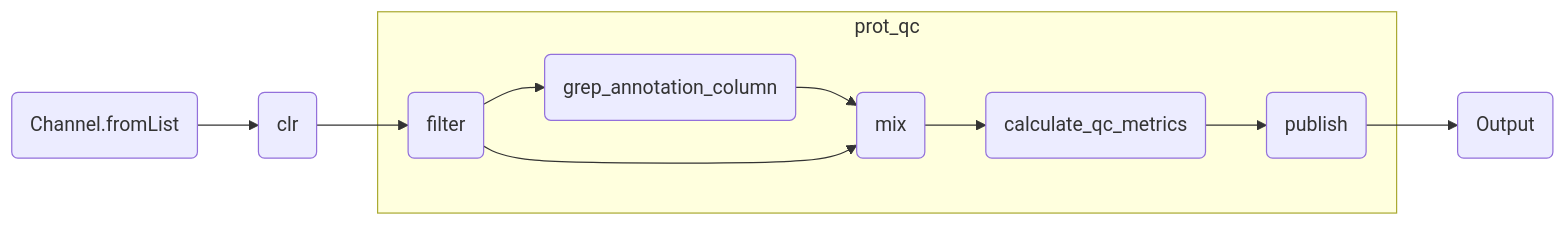
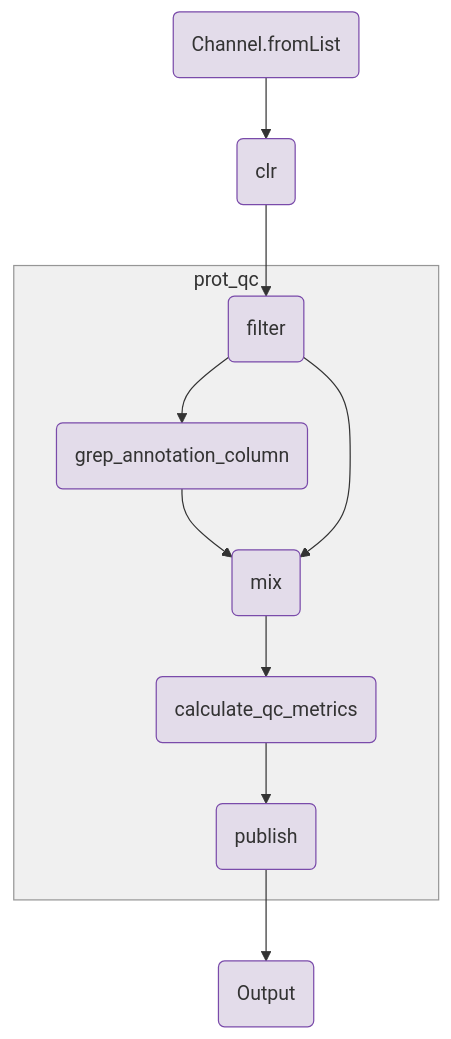
The diagram in components/workflows/prot/prot_multisample.qmd (openpipelines-bio/website), drawn with Mermaid before and after one commit. The commit also changed 21 other files, not shown here.

````diff
--- a/components/workflows/prot/prot_multisample.qmd
+++ b/components/workflows/prot/prot_multisample.qmd
@@ -117,23 +117,31 @@
 ```{mermaid}
-%%| column: screen-inset-shaded
-flowchart LR
+flowchart TB
     v0(Channel.fromList)
     v18(clr)
     v129(Output)
-    subgraph prot_qc
+    subgraph group_prot_qc [prot_qc]
         v30(filter)
         v48(grep_annotation_column)
         v61(mix)
         v70(calculate_qc_metrics)
         v90(publish)
     end
     v0-->v18
     v18-->v30
     v30-->v48
     v48-->v61
     v30-->v61
     v61-->v70
     v70-->v90
     v90-->v129
+    style group_prot_qc fill:#F0F0F0,stroke:#969696;
+    style v0 fill:#e3dcea,stroke:#7a4baa;
+    style v18 fill:#e3dcea,stroke:#7a4baa;
+    style v30 fill:#e3dcea,stroke:#7a4baa;
+    style v48 fill:#e3dcea,stroke:#7a4baa;
+    style v61 fill:#e3dcea,stroke:#7a4baa;
+    style v70 fill:#e3dcea,stroke:#7a4baa;
+    style v90 fill:#e3dcea,stroke:#7a4baa;
+    style v129 fill:#e3dcea,stroke:#7a4baa;
 
 ```
````
